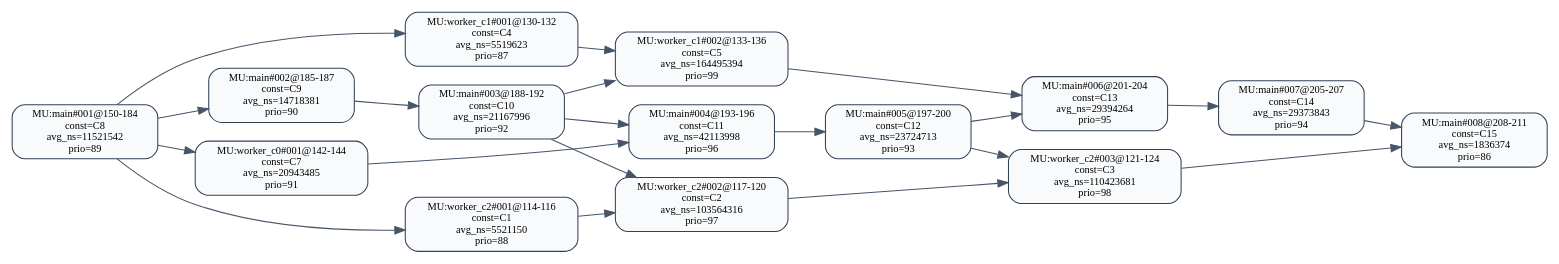
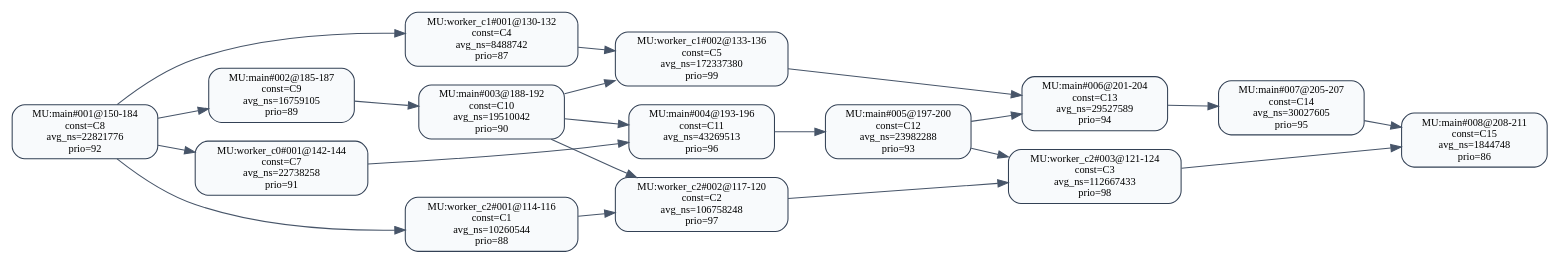
The diagram in 中间结果/zhang2/pipeline/validation/level2/effective_line_merge/wcet_first/dag_seg_annotated.dot (RTS-SYSU/DAG-Gen), drawn with Graphviz before and after one commit. The commit also changed 1118 other files, not shown here.

```diff
--- a/中间结果/zhang2/pipeline/validation/level2/effective_line_merge/wcet_first/dag_seg_annotated.dot
+++ b/中间结果/zhang2/pipeline/validation/level2/effective_line_merge/wcet_first/dag_seg_annotated.dot
@@ -1,38 +1,38 @@
 digraph dag_seg_annotated {
   rankdir=LR;
   node [shape=box, style="rounded,filled", fillcolor="#F8FAFC", color="#334155", fontsize=10];
   edge [color="#475569"];
-  "MU:main#001@150-184" [label="MU:main#001@150-184\nconst=C8\navg_ns=11521542\nprio=89"];
-  "MU:main#002@185-187" [label="MU:main#002@185-187\nconst=C9\navg_ns=14718381\nprio=90"];
-  "MU:main#003@188-192" [label="MU:main#003@188-192\nconst=C10\navg_ns=21167996\nprio=92"];
-  "MU:main#004@193-196" [label="MU:main#004@193-196\nconst=C11\navg_ns=42113998\nprio=96"];
-  "MU:main#005@197-200" [label="MU:main#005@197-200\nconst=C12\navg_ns=23724713\nprio=93"];
-  "MU:main#006@201-204" [label="MU:main#006@201-204\nconst=C13\navg_ns=29394264\nprio=95"];
-  "MU:main#007@205-207" [label="MU:main#007@205-207\nconst=C14\navg_ns=29373843\nprio=94"];
-  "MU:main#008@208-211" [label="MU:main#008@208-211\nconst=C15\navg_ns=1836374\nprio=86"];
-  "MU:worker_c0#001@142-144" [label="MU:worker_c0#001@142-144\nconst=C7\navg_ns=20943485\nprio=91"];
-  "MU:worker_c1#001@130-132" [label="MU:worker_c1#001@130-132\nconst=C4\navg_ns=5519623\nprio=87"];
-  "MU:worker_c1#002@133-136" [label="MU:worker_c1#002@133-136\nconst=C5\navg_ns=164495394\nprio=99"];
-  "MU:worker_c2#001@114-116" [label="MU:worker_c2#001@114-116\nconst=C1\navg_ns=5521150\nprio=88"];
-  "MU:worker_c2#002@117-120" [label="MU:worker_c2#002@117-120\nconst=C2\navg_ns=103564316\nprio=97"];
-  "MU:worker_c2#003@121-124" [label="MU:worker_c2#003@121-124\nconst=C3\navg_ns=110423681\nprio=98"];
+  "MU:main#001@150-184" [label="MU:main#001@150-184\nconst=C8\navg_ns=22821776\nprio=92"];
+  "MU:main#002@185-187" [label="MU:main#002@185-187\nconst=C9\navg_ns=16759105\nprio=89"];
+  "MU:main#003@188-192" [label="MU:main#003@188-192\nconst=C10\navg_ns=19510042\nprio=90"];
+  "MU:main#004@193-196" [label="MU:main#004@193-196\nconst=C11\navg_ns=43269513\nprio=96"];
+  "MU:main#005@197-200" [label="MU:main#005@197-200\nconst=C12\navg_ns=23982288\nprio=93"];
+  "MU:main#006@201-204" [label="MU:main#006@201-204\nconst=C13\navg_ns=29527589\nprio=94"];
+  "MU:main#007@205-207" [label="MU:main#007@205-207\nconst=C14\navg_ns=30027605\nprio=95"];
+  "MU:main#008@208-211" [label="MU:main#008@208-211\nconst=C15\navg_ns=1844748\nprio=86"];
+  "MU:worker_c0#001@142-144" [label="MU:worker_c0#001@142-144\nconst=C7\navg_ns=22738258\nprio=91"];
+  "MU:worker_c1#001@130-132" [label="MU:worker_c1#001@130-132\nconst=C4\navg_ns=8488742\nprio=87"];
+  "MU:worker_c1#002@133-136" [label="MU:worker_c1#002@133-136\nconst=C5\navg_ns=172337380\nprio=99"];
+  "MU:worker_c2#001@114-116" [label="MU:worker_c2#001@114-116\nconst=C1\navg_ns=10260544\nprio=88"];
+  "MU:worker_c2#002@117-120" [label="MU:worker_c2#002@117-120\nconst=C2\navg_ns=106758248\nprio=97"];
+  "MU:worker_c2#003@121-124" [label="MU:worker_c2#003@121-124\nconst=C3\navg_ns=112667433\nprio=98"];
   "MU:worker_c2#001@114-116" -> "MU:worker_c2#002@117-120";
   "MU:worker_c2#002@117-120" -> "MU:worker_c2#003@121-124";
   "MU:worker_c1#001@130-132" -> "MU:worker_c1#002@133-136";
   "MU:main#001@150-184" -> "MU:main#002@185-187";
   "MU:main#002@185-187" -> "MU:main#003@188-192";
   "MU:main#003@188-192" -> "MU:main#004@193-196";
   "MU:main#004@193-196" -> "MU:main#005@197-200";
   "MU:main#005@197-200" -> "MU:main#006@201-204";
   "MU:main#006@201-204" -> "MU:main#007@205-207";
   "MU:main#007@205-207" -> "MU:main#008@208-211";
   "MU:main#001@150-184" -> "MU:worker_c0#001@142-144";
   "MU:main#001@150-184" -> "MU:worker_c1#001@130-132";
   "MU:main#001@150-184" -> "MU:worker_c2#001@114-116";
   "MU:worker_c0#001@142-144" -> "MU:main#004@193-196";
   "MU:worker_c1#002@133-136" -> "MU:main#006@201-204";
   "MU:worker_c2#003@121-124" -> "MU:main#008@208-211";
   "MU:main#003@188-192" -> "MU:worker_c2#002@117-120";
   "MU:main#005@197-200" -> "MU:worker_c2#003@121-124";
   "MU:main#003@188-192" -> "MU:worker_c1#002@133-136";
 }
```
